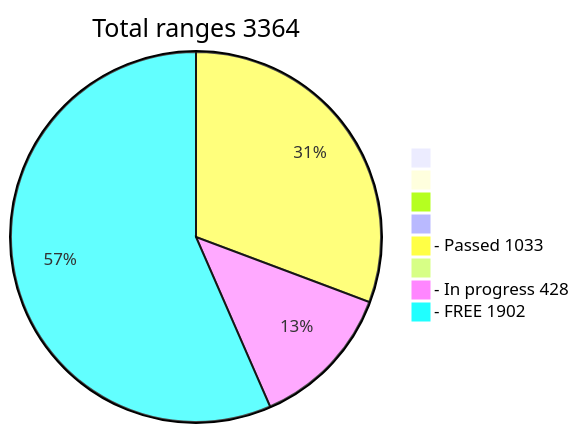
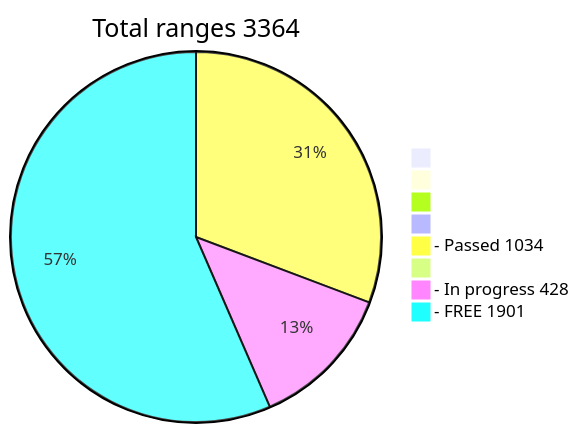
The diagram in README.md (phrutis/wif500), drawn with Mermaid before and after one commit.

````diff
--- a/README.md
+++ b/README.md
@@ -16,12 +16,12 @@
 ```mermaid
 pie title Total ranges 3364
              " " : 0
             "  " : 0
            "   " : 0
           "    " : 0
-  "- Passed 1033" : 1033
+  "- Passed 1034" : 1034
          "     " : 0
   "- In progress 428" : 428
-   "- FREE 1902" : 1902
+   "- FREE 1901" : 1901
    
 ```
````
